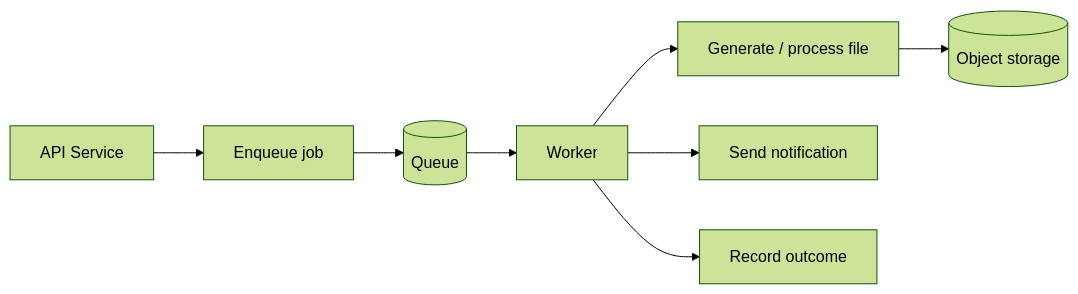
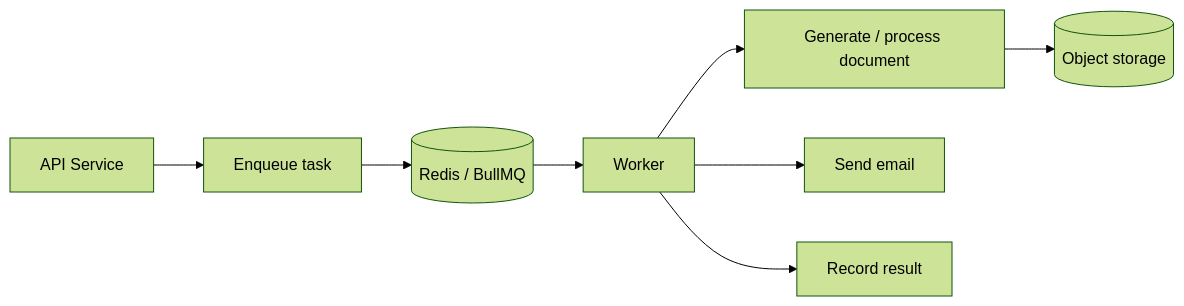
The diagram in diagrams/background-processing.mmd (Nawaz393/enterprise-retail-saas-architecture), drawn with Mermaid (forest theme) before and after one commit. The commit also changed 21 other files, not shown here.

First line of the commit message:
Refactor documentation and diagrams for clarity and accuracy

```diff
--- a/diagrams/background-processing.mmd
+++ b/diagrams/background-processing.mmd
@@ -1,8 +1,8 @@
 flowchart LR
-    API[API Service] --> ENQUEUE[Enqueue job]
-    ENQUEUE --> QUEUE[(Queue)]
+    API[API Service] --> ENQUEUE[Enqueue task]
+    ENQUEUE --> QUEUE[(Redis / BullMQ)]
     QUEUE --> WORKER[Worker]
-    WORKER --> PROCESS[Generate / process file]
-    PROCESS --> STORE[(Object storage)]
-    WORKER --> EMAIL[Send notification]
-    WORKER --> STATUS[Record outcome]
+    WORKER --> PROCESS[Generate / process document]
+    PROCESS --> STORAGE[(Object storage)]
+    WORKER --> EMAIL[Send email]
+    WORKER --> RESULT[Record result]
```
